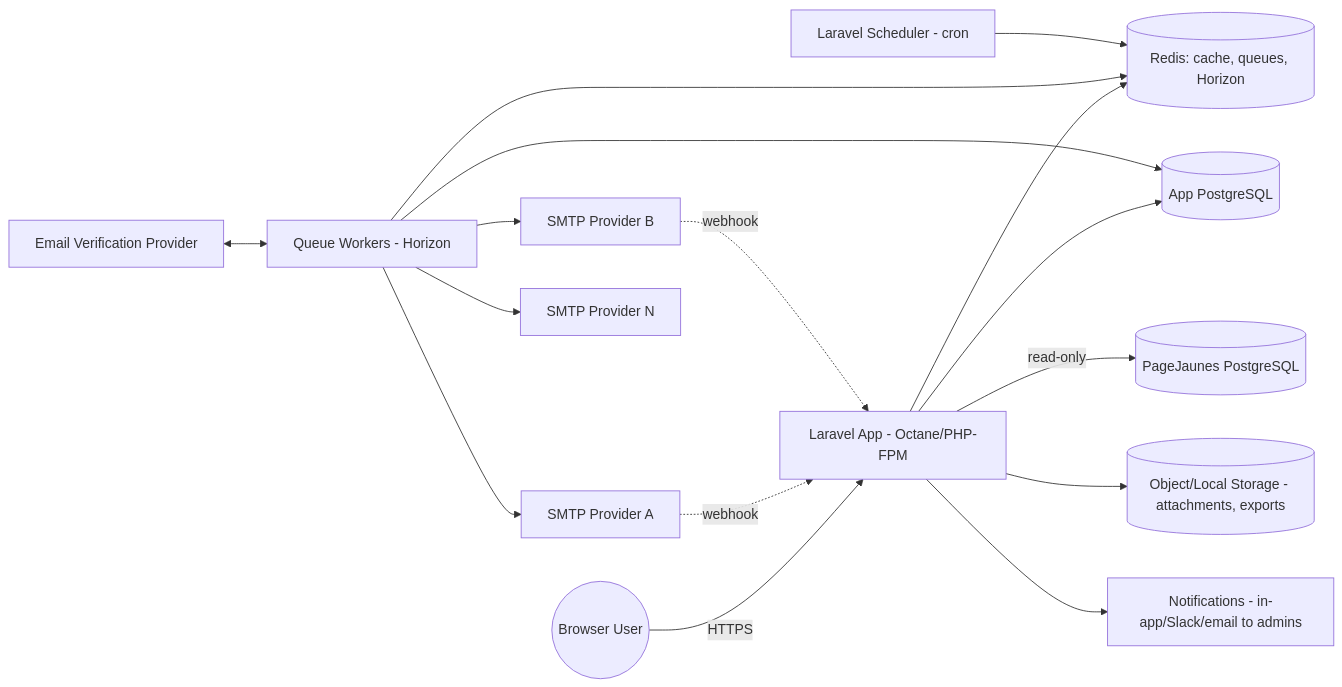
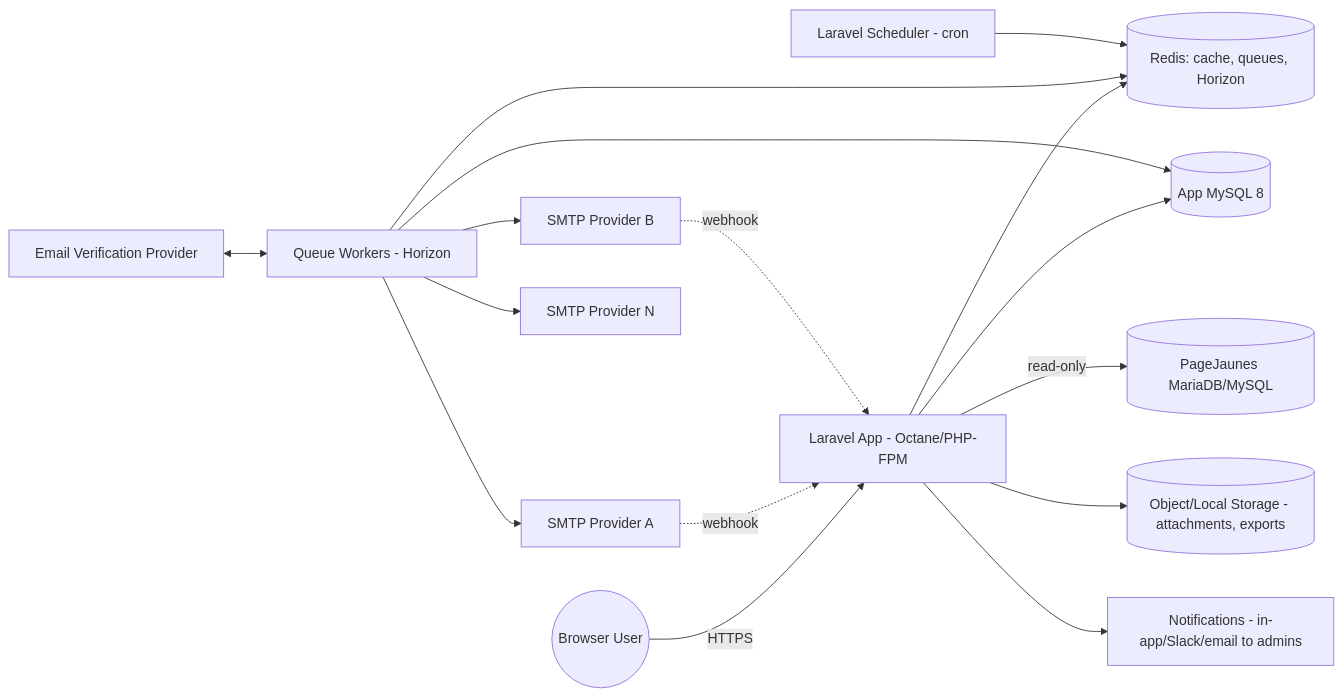
Before and after one commit to oualaeddine/emailer: the second of 4 diagrams in docs/02-system-architecture.md, drawn with Mermaid. The commit also changed other lines of this file and 9 other files, not shown here.

````diff
--- a/docs/02-system-architecture.md
+++ b/docs/02-system-architecture.md
@@ -77,18 +77,18 @@
 ```mermaid
 graph LR
     User((Browser User)) -->|HTTPS| Web[Laravel App - Octane/PHP-FPM]
-    Web --> AppDB[(App PostgreSQL)]
-    Web -->|read-only| PJDB[(PageJaunes PostgreSQL)]
+    Web --> AppDB[(App MySQL 8)]
+    Web -->|read-only| PJDB[(PageJaunes MariaDB/MySQL)]
     Web --> Redis[(Redis: cache, queues, Horizon)]
     Web --> Storage[(Object/Local Storage - attachments, exports)]
     Worker[Queue Workers - Horizon] --> Redis
     Worker --> AppDB
     Worker --> SMTP1[SMTP Provider A]
     Worker --> SMTP2[SMTP Provider B]
     Worker --> SMTPn[SMTP Provider N]
     Scheduler[Laravel Scheduler - cron] --> Redis
     SMTP1 -.webhook.-> Web
     SMTP2 -.webhook.-> Web
     VerifAPI[Email Verification Provider] <--> Worker
     Web --> Mail[Notifications - in-app/Slack/email to admins]
 ```
````
